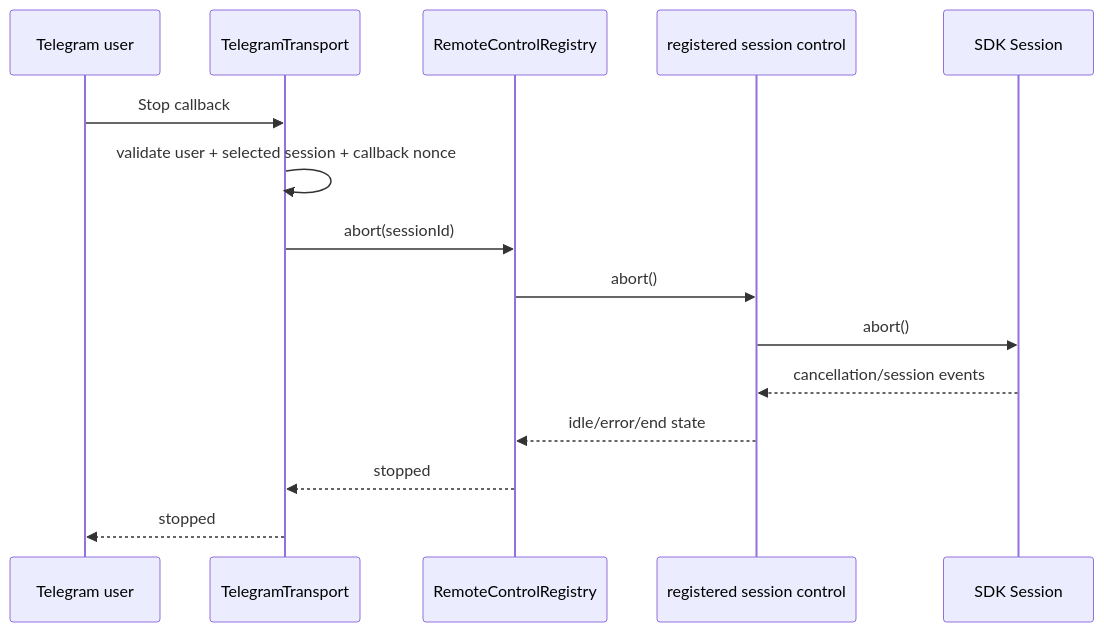
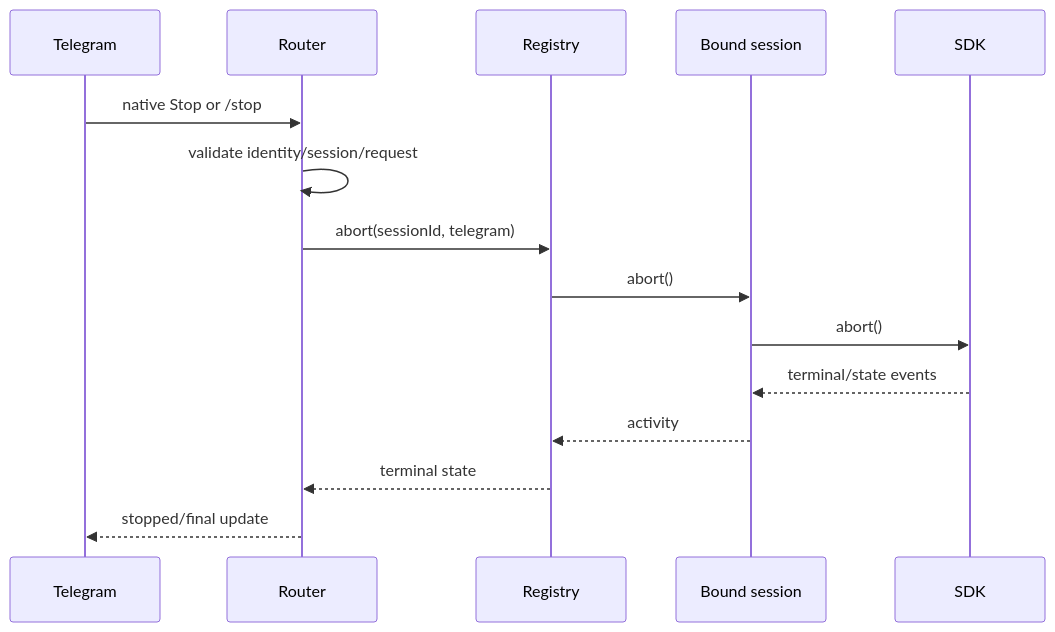
Before and after one commit to SachiHarshitha/vscode-telegram: diagram 14 of 17 in extensions/copilot/docs/telegram-remote/CALL_FLOWS.md, drawn with Mermaid. The commit also changed other lines of this file, not shown here.

Commit message:
docs(telegram-remote): align call flows with current runtime

````diff
--- a/extensions/copilot/docs/telegram-remote/CALL_FLOWS.md
+++ b/extensions/copilot/docs/telegram-remote/CALL_FLOWS.md
@@ -373,18 +314,18 @@
 ```mermaid
 sequenceDiagram
-    participant T as Telegram user
-    participant TT as TelegramTransport
-    participant C as RemoteControlRegistry
-    participant S as registered session control
-    participant SDK as SDK Session
+    participant T as Telegram
+    participant R as Router
+    participant REG as Registry
+    participant S as Bound session
+    participant SDK as SDK
 
-    T->>TT: Stop callback
-    TT->>TT: validate user + selected session + callback nonce
-    TT->>C: abort(sessionId)
-    C->>S: abort()
+    T->>R: native Stop or /stop
+    R->>R: validate identity/session/request
+    R->>REG: abort(sessionId, telegram)
+    REG->>S: abort()
     S->>SDK: abort()
-    SDK-->>S: cancellation/session events
-    S-->>C: idle/error/end state
-    C-->>TT: stopped
-    TT-->>T: stopped
+    SDK-->>S: terminal/state events
+    S-->>REG: activity
+    REG-->>R: terminal state
+    R-->>T: stopped/final update
 ```
````
